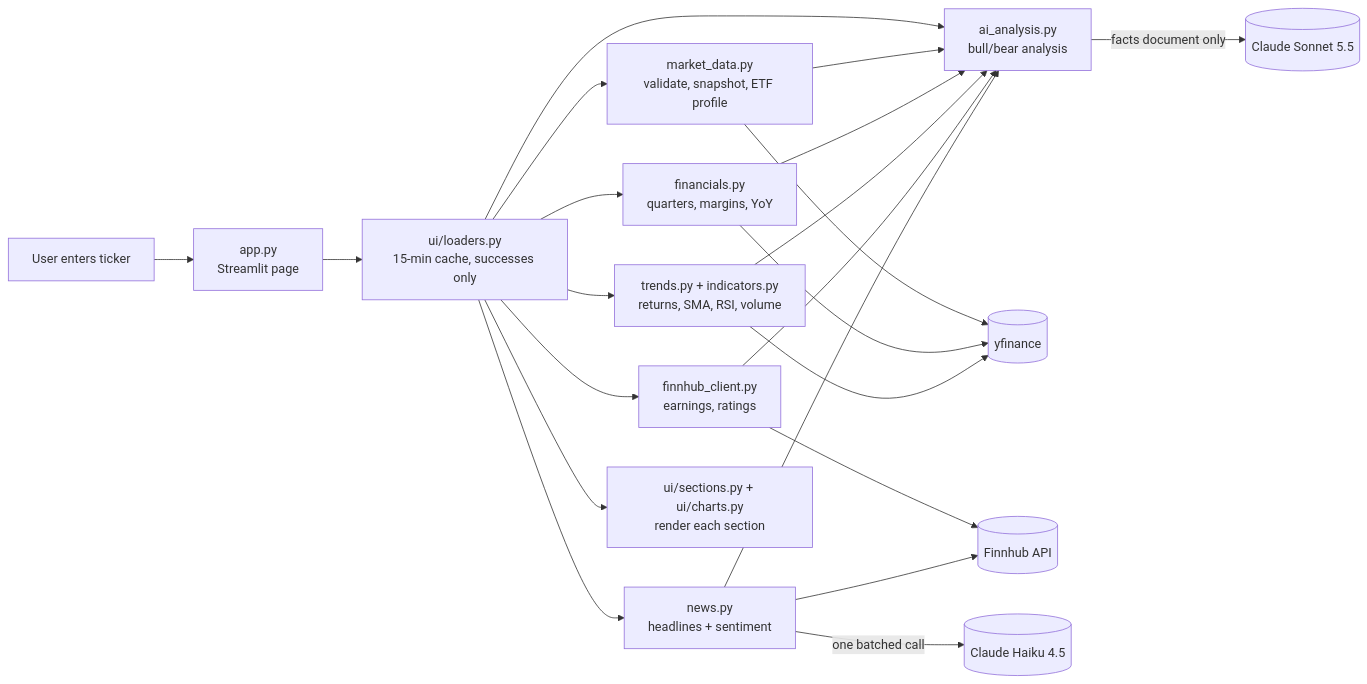
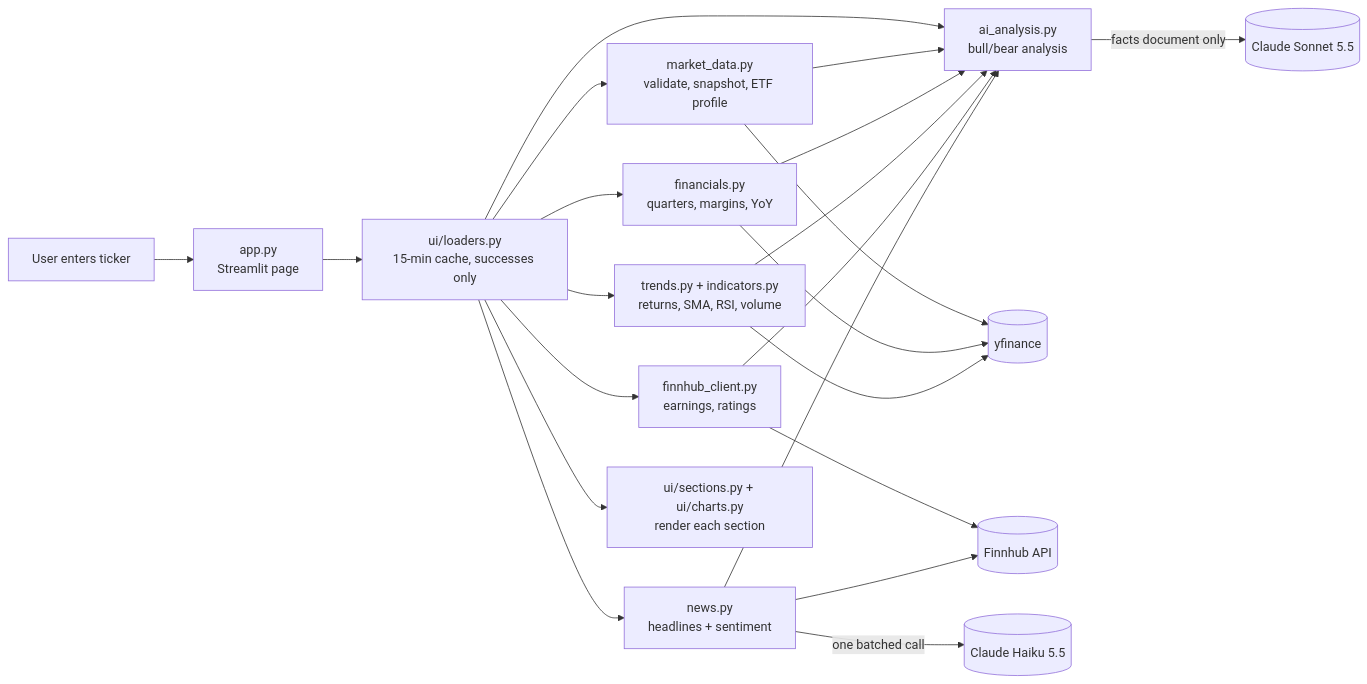
One commit to nathanielmarvyn/stock-research-assistant changed the diagram in README.md. Above: the diagram before and after it, drawn with Mermaid. The commit also changed other lines of this file and 3 other files, not shown here.

First line of the commit message:
Upgrade news sentiment to Claude Haiku 5.5 at low effort

````diff
--- a/README.md
+++ b/README.md
@@ -41,20 +41,20 @@
 ```mermaid
 flowchart LR
     U[User enters ticker] --> APP[app.py<br/>Streamlit page]
     APP --> L[ui/loaders.py<br/>15-min cache, successes only]
 
     L --> MD[market_data.py<br/>validate, snapshot, ETF profile]
     L --> FIN[financials.py<br/>quarters, margins, YoY]
     L --> TR[trends.py + indicators.py<br/>returns, SMA, RSI, volume]
     L --> FH[finnhub_client.py<br/>earnings, ratings]
     L --> NW[news.py<br/>headlines + sentiment]
     L --> AI[ai_analysis.py<br/>bull/bear analysis]
 
     MD & FIN & TR --> YF[(yfinance)]
     FH & NW --> FHAPI[(Finnhub API)]
-    NW -->|one batched call| HAIKU[(Claude Haiku 4.5)]
+    NW -->|one batched call| HAIKU[(Claude Haiku 5.5)]
     AI -->|facts document only| SONNET[(Claude Sonnet 5.5)]
 
     MD & FIN & TR & FH & NW --> AI
     L --> UI[ui/sections.py + ui/charts.py<br/>render each section]
 ```
````
